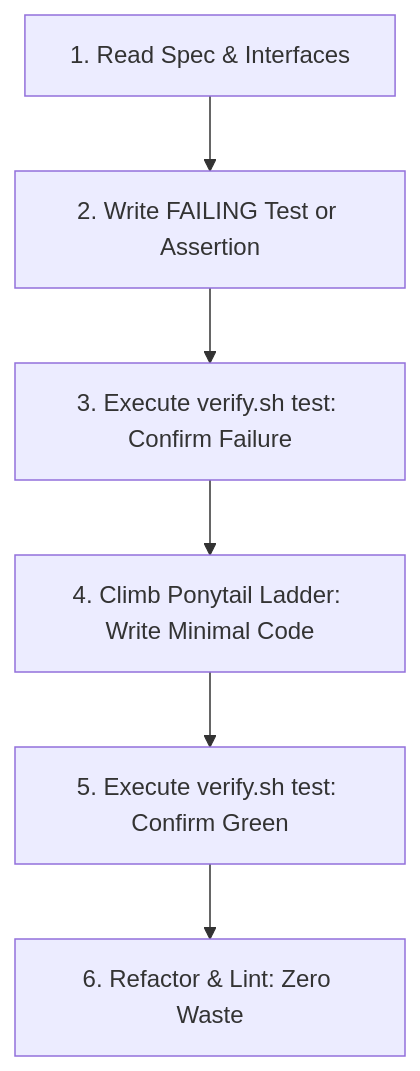
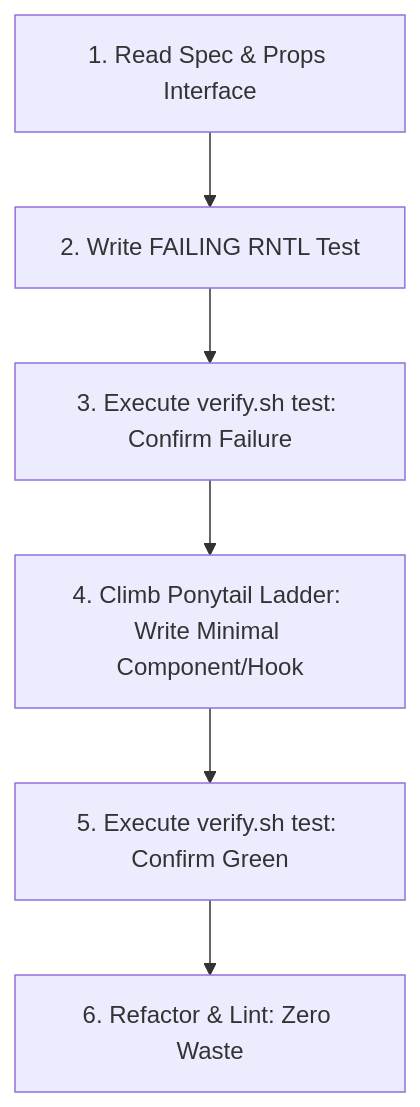
One commit to malejandro80/hubik-mobile changed the diagram in .agents/skills/minimal-implementation/SKILL.md. Above: the diagram before and after it, drawn with Mermaid. The commit also changed other lines of this file and 29 other files, not shown here.

````diff
--- a/.agents/skills/minimal-implementation/SKILL.md
+++ b/.agents/skills/minimal-implementation/SKILL.md
@@ -22,8 +22,8 @@
 ```mermaid
 flowchart TD
-    Spec[1. Read Spec & Interfaces] --> Red[2. Write FAILING Test or Assertion]
+    Spec[1. Read Spec & Props Interface] --> Red[2. Write FAILING RNTL Test]
     Red --> VerifyFail[3. Execute verify.sh test: Confirm Failure]
-    VerifyFail --> Climb[4. Climb Ponytail Ladder: Write Minimal Code]
+    VerifyFail --> Climb[4. Climb Ponytail Ladder: Write Minimal Component/Hook]
     Climb --> Green[5. Execute verify.sh test: Confirm Green]
     Green --> Refactor[6. Refactor & Lint: Zero Waste]
 ```
````
